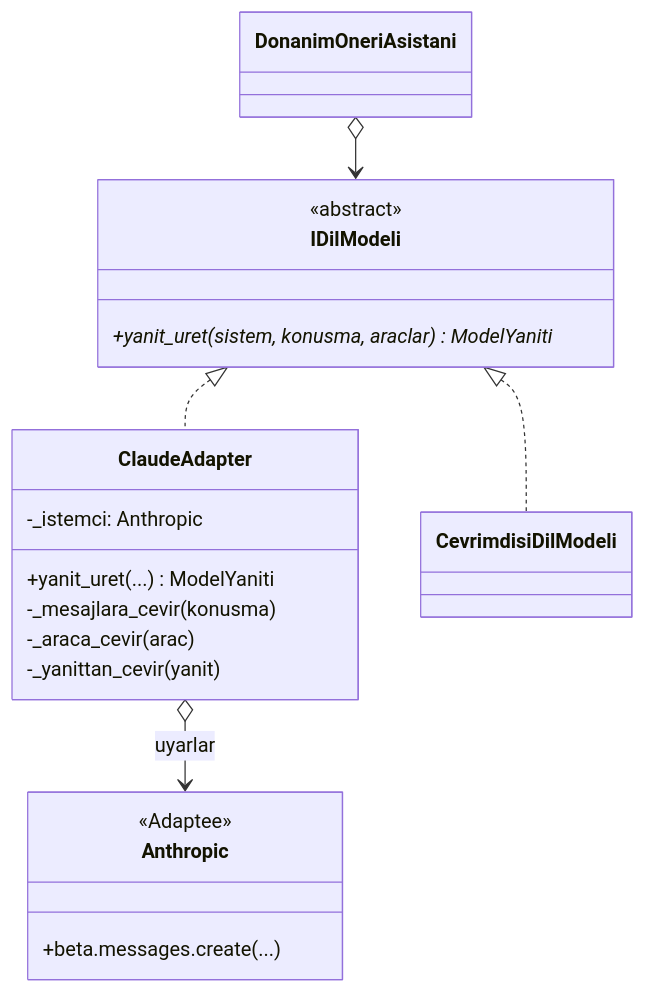
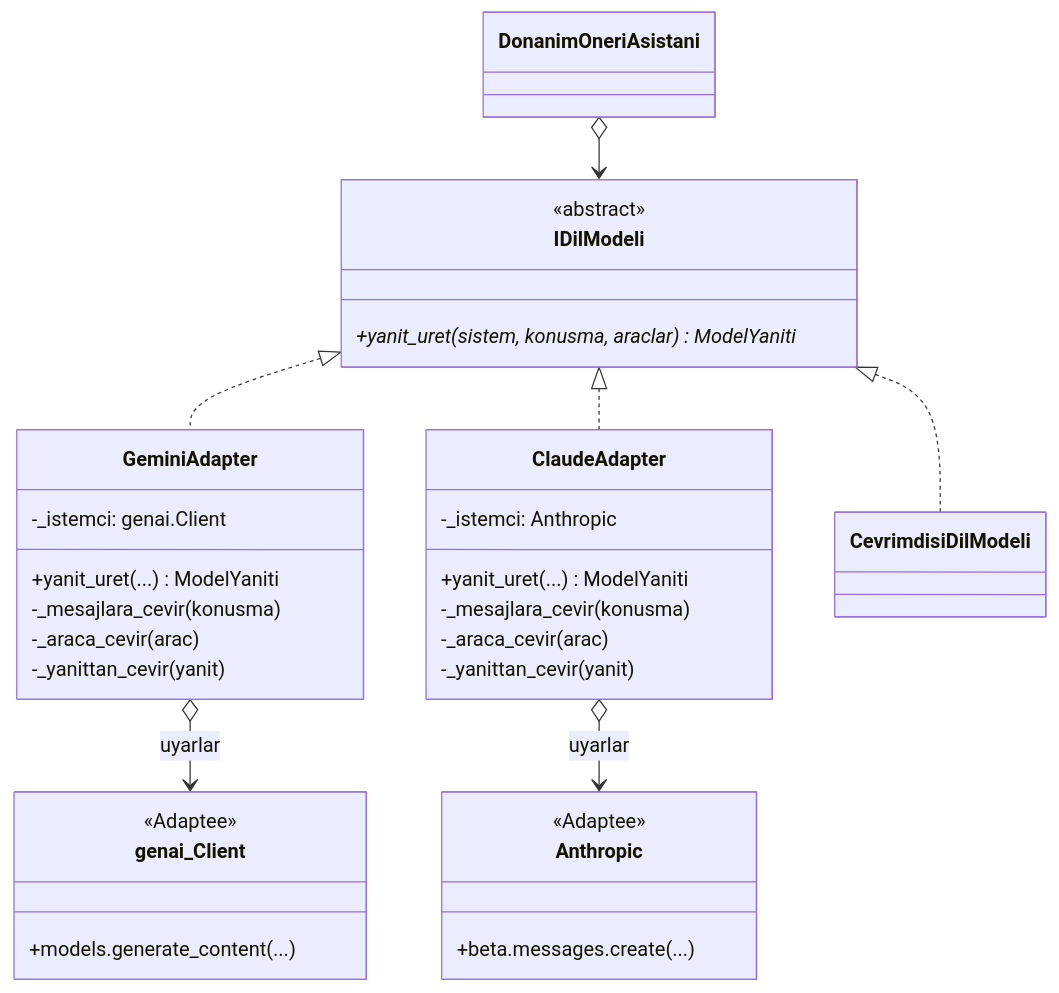
Before and after one commit to kamurangenc/pc-siparis-sistemi: the sixth of 8 diagrams in docs/KALIP_HARITASI.md, drawn with Mermaid. The commit also changed other lines of this file and 8 other files, not shown here.

````diff
--- a/docs/KALIP_HARITASI.md
+++ b/docs/KALIP_HARITASI.md
@@ -220,22 +224,35 @@
 ```mermaid
 classDiagram
     class IDilModeli {
         <<abstract>>
         +yanit_uret(sistem, konusma, araclar)* ModelYaniti
     }
     class ClaudeAdapter {
         -_istemci: Anthropic
         +yanit_uret(...) ModelYaniti
         -_mesajlara_cevir(konusma)
         -_araca_cevir(arac)
         -_yanittan_cevir(yanit)
     }
+    class GeminiAdapter {
+        -_istemci: genai.Client
+        +yanit_uret(...) ModelYaniti
+        -_mesajlara_cevir(konusma)
+        -_araca_cevir(arac)
+        -_yanittan_cevir(yanit)
+    }
+    class genai_Client {
+        <<Adaptee>>
+        +models.generate_content(...)
+    }
     class Anthropic {
         <<Adaptee>>
         +beta.messages.create(...)
     }
+    IDilModeli <|.. GeminiAdapter
     IDilModeli <|.. ClaudeAdapter
     IDilModeli <|.. CevrimdisiDilModeli
+    GeminiAdapter o--> genai_Client : uyarlar
     ClaudeAdapter o--> Anthropic : uyarlar
     DonanimOneriAsistani o--> IDilModeli
 ```
````
